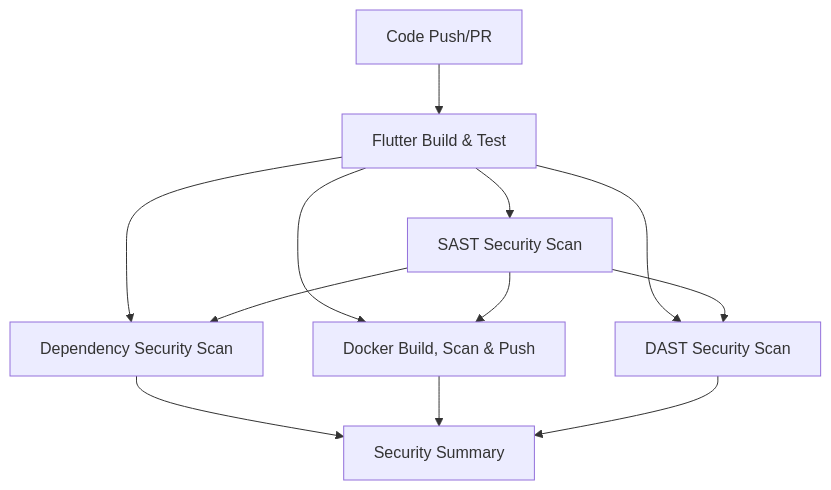
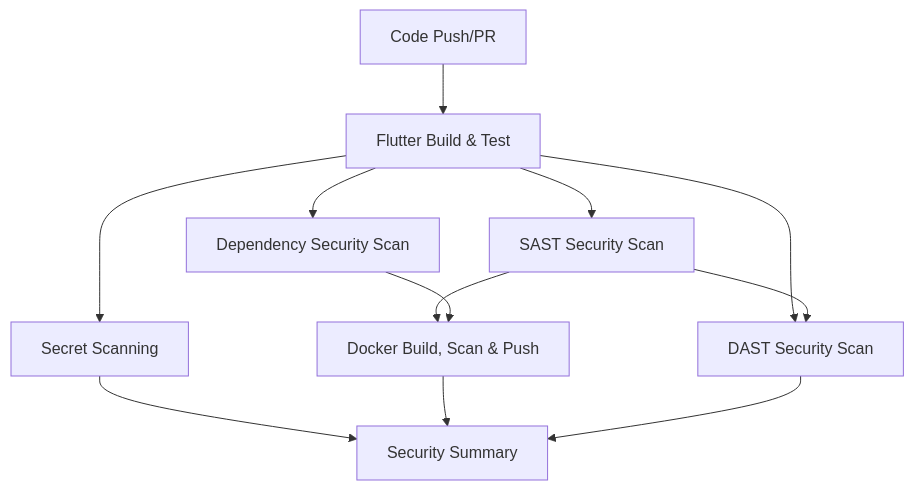
Before and after one commit to ilyas-design/ci_cd: the diagram in README.md, drawn with Mermaid. The commit also changed other lines of this file, not shown here.

````diff
--- a/README.md
+++ b/README.md
@@ -18,14 +18,14 @@
 ```mermaid
 graph TD
     A[Code Push/PR] --> B[Flutter Build & Test]
     B --> C[SAST Security Scan]
     B --> D[Dependency Security Scan]
-    B --> E[Docker Build, Scan & Push]
-    C --> D
-    C --> E
-    D --> F[Security Summary]
+    B --> H[Secret Scanning]
+    C --> E[Docker Build, Scan & Push]
+    D --> E
+    H --> F[Security Summary]
     E --> F
     B --> G[DAST Security Scan]
     C --> G
     G --> F
 ```
````
